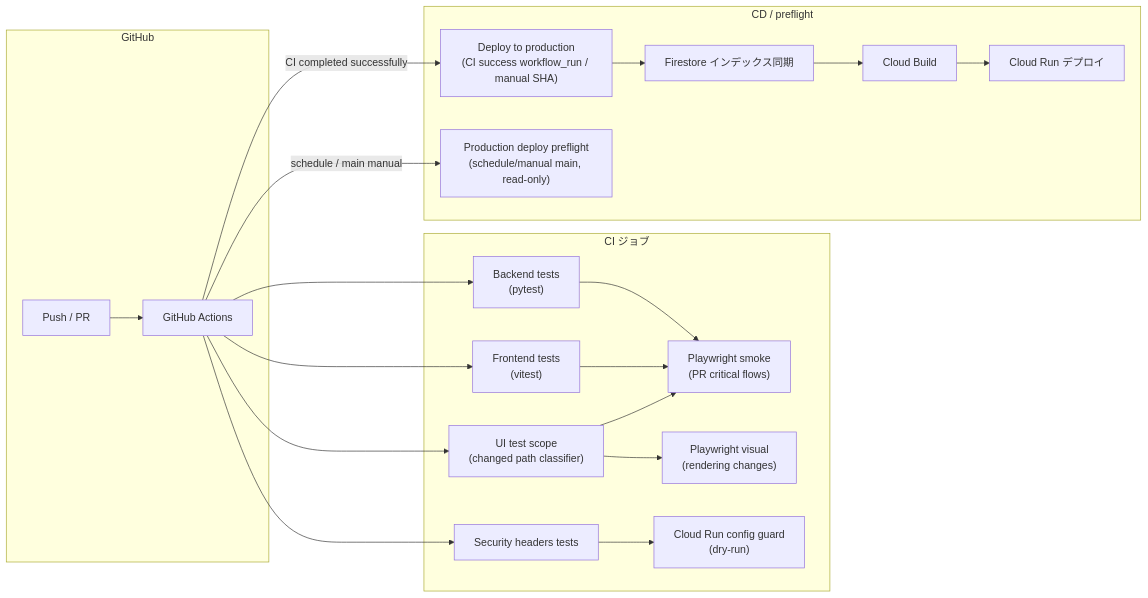
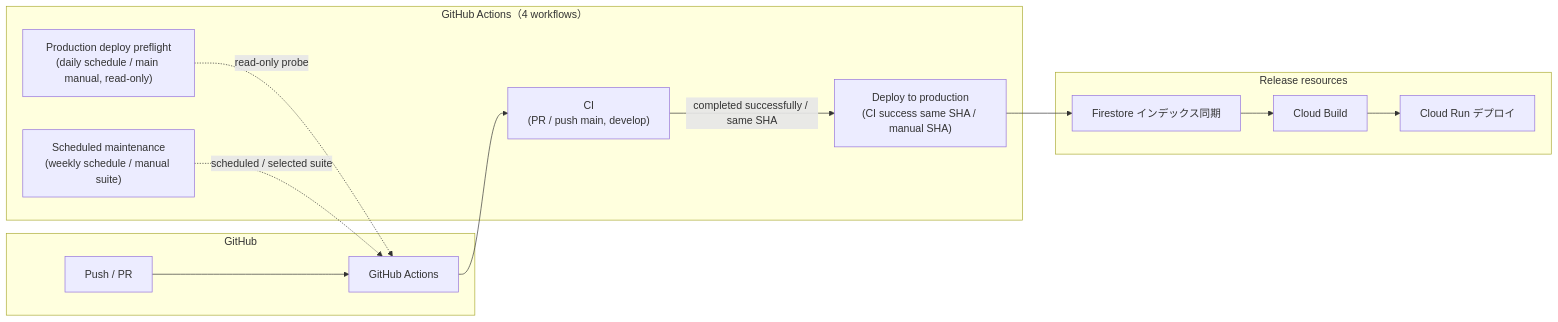
One commit to stillshore-chirp/wordpack-for-english changed the third of 6 diagrams in docs/infrastructure.md. Above: the diagram before and after it, drawn with Mermaid. The commit also changed other lines of this file and 5 other files, not shown here.

````diff
--- a/docs/infrastructure.md
+++ b/docs/infrastructure.md
@@ -120,41 +122,28 @@
 ```mermaid
 flowchart LR
     subgraph GitHub["GitHub"]
         Push["Push / PR"]
         Actions["GitHub Actions"]
     end
 
-    subgraph CI["CI ジョブ"]
-        BackendTest["Backend tests<br/>(pytest)"]
-        SecurityTest["Security headers tests"]
-        FrontendTest["Frontend tests<br/>(vitest)"]
-        UiTestScope["UI test scope<br/>(changed path classifier)"]
-        PlaywrightSmoke["Playwright smoke<br/>(PR critical flows)"]
-        VisualRegression["Playwright visual<br/>(rendering changes)"]
-        CloudRunGuard["Cloud Run config guard<br/>(dry-run)"]
+    subgraph Workflows["GitHub Actions（4 workflows）"]
+        CI["CI<br/>(PR / push main, develop)"]
+        ProductionDeploy["Deploy to production<br/>(CI success same SHA / manual SHA)"]
+        DeployPreflight["Production deploy preflight<br/>(daily schedule / main manual, read-only)"]
+        Maintenance["Scheduled maintenance<br/>(weekly schedule / manual suite)"]
     end
 
-    subgraph CD["CD / preflight"]
-        ProductionDeploy["Deploy to production<br/>(CI success workflow_run / manual SHA)"]
-        DeployPreflight["Production deploy preflight<br/>(schedule/manual main, read-only)"]
+    subgraph CD["Release resources"]
         FirestoreIndex["Firestore インデックス同期"]
         CloudBuild["Cloud Build"]
         CloudRun["Cloud Run デプロイ"]
     end
 
-    Push --> Actions
-    Actions --> BackendTest
-    Actions --> SecurityTest
-    Actions --> FrontendTest
-    Actions --> UiTestScope
-    BackendTest --> PlaywrightSmoke
-    FrontendTest --> PlaywrightSmoke
-    UiTestScope --> PlaywrightSmoke
-    UiTestScope --> VisualRegression
-    SecurityTest --> CloudRunGuard
-    Actions -->|schedule / main manual| DeployPreflight
-    Actions -->|CI completed successfully| ProductionDeploy
+    Push --> Actions --> CI
+    CI -->|completed successfully / same SHA| ProductionDeploy
+    DeployPreflight -.->|read-only probe| Actions
+    Maintenance -.->|scheduled / selected suite| Actions
     ProductionDeploy --> FirestoreIndex
     FirestoreIndex --> CloudBuild
     CloudBuild --> CloudRun
 ```
````
